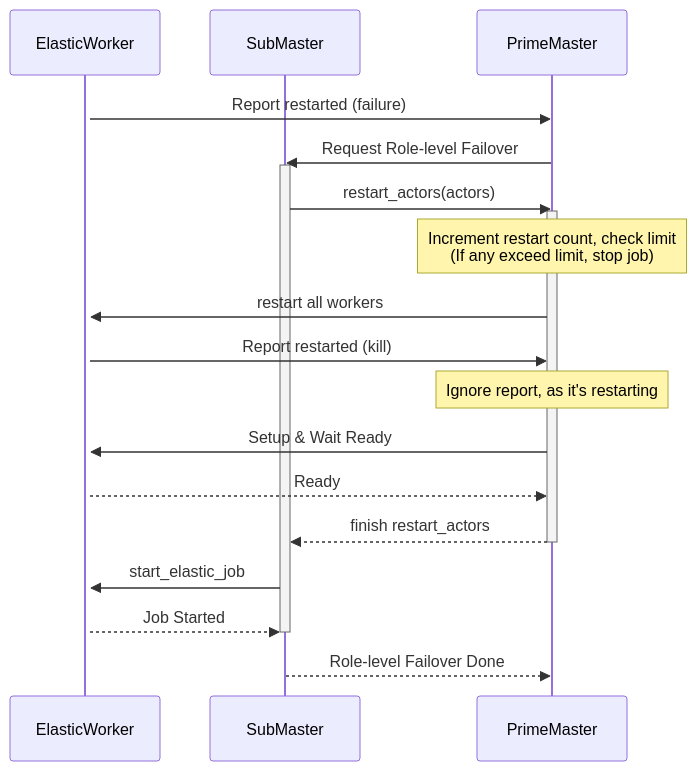
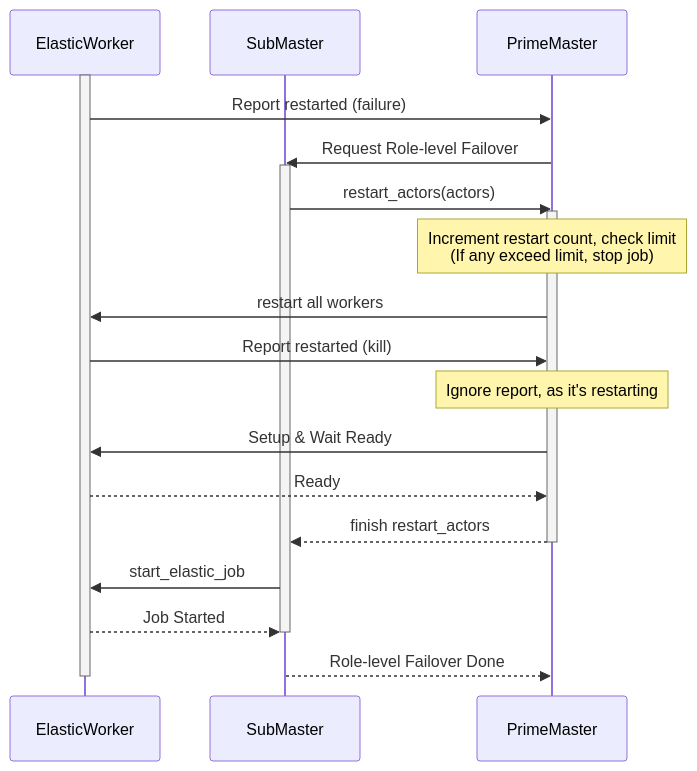
The second of 6 diagrams in docs/design/unified-failover.md (intelligent-machine-learning/dlrover), drawn with Mermaid before and after one commit. The commit also changed other lines of this file, not shown here.

````diff
--- a/docs/design/unified-failover.md
+++ b/docs/design/unified-failover.md
@@ -68,24 +68,25 @@
 ```mermaid
 sequenceDiagram
     participant EW as ElasticWorker
     participant SM as SubMaster
     participant PM as PrimeMaster
     activate EW
     EW->>PM: Report restarted (failure)
     PM->>SM: Request Role-level Failover
     activate SM
     SM->>PM: restart_actors(actors)
         activate PM
         note over PM: Increment restart count, check limit<br> (If any exceed limit, stop job)
         PM->>EW: restart all workers
         EW->>PM: Report restarted (kill)
         note over PM: Ignore report, as it's restarting
         PM->>EW: Setup & Wait Ready
         EW-->>PM: Ready
         PM-->>SM: finish restart_actors
         deactivate PM
     SM->>EW: start_elastic_job
     EW-->>SM: Job Started
     deactivate SM
     SM-->>PM: Role-level Failover Done
+    deactivate EW
 ```
````
